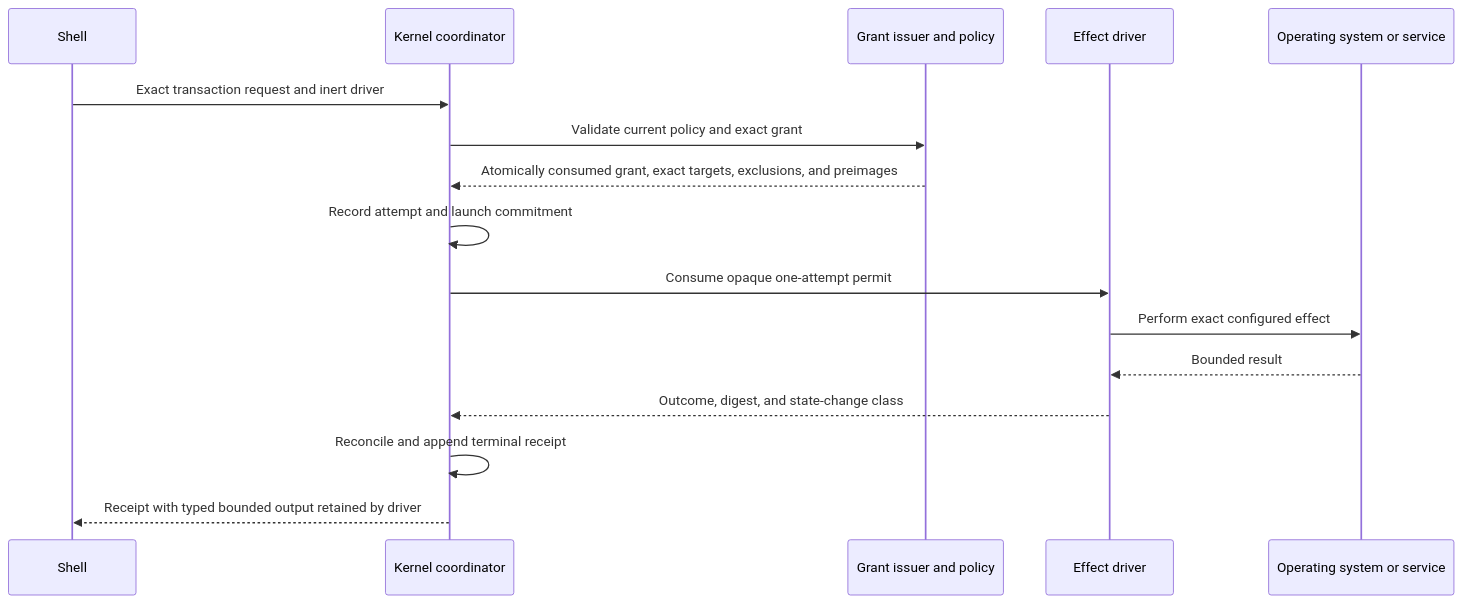
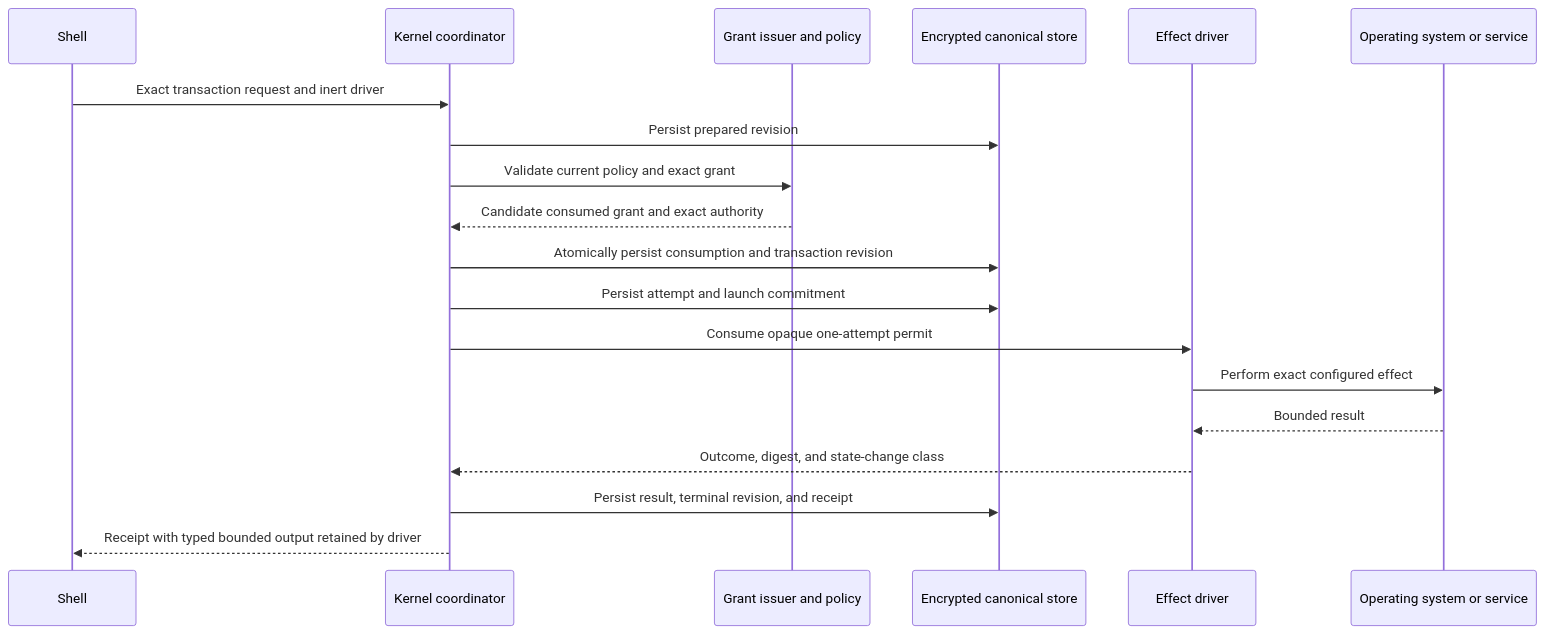
The first of 2 diagrams in docs/architecture/effect-mediation.md (AaronNHorvitz/AgentMage), drawn with Mermaid before and after one commit. The commit also changed other lines of this file and 27 other files, not shown here.

Commit message:
kernel: persist authority and recovery state

````diff
--- a/docs/architecture/effect-mediation.md
+++ b/docs/architecture/effect-mediation.md
@@ -10,19 +11,22 @@
 ```mermaid
 sequenceDiagram
     participant S as Shell
     participant K as Kernel coordinator
     participant G as Grant issuer and policy
+    participant SDB as Encrypted canonical store
     participant D as Effect driver
     participant O as Operating system or service
 
     S->>K: Exact transaction request and inert driver
+    K->>SDB: Persist prepared revision
     K->>G: Validate current policy and exact grant
-    G-->>K: Atomically consumed grant, exact targets, exclusions, and preimages
-    K->>K: Record attempt and launch commitment
+    G-->>K: Candidate consumed grant and exact authority
+    K->>SDB: Atomically persist consumption and transaction revision
+    K->>SDB: Persist attempt and launch commitment
     K->>D: Consume opaque one-attempt permit
     D->>O: Perform exact configured effect
     O-->>D: Bounded result
     D-->>K: Outcome, digest, and state-change class
-    K->>K: Reconcile and append terminal receipt
+    K->>SDB: Persist result, terminal revision, and receipt
     K-->>S: Receipt with typed bounded output retained by driver
 ```
````
